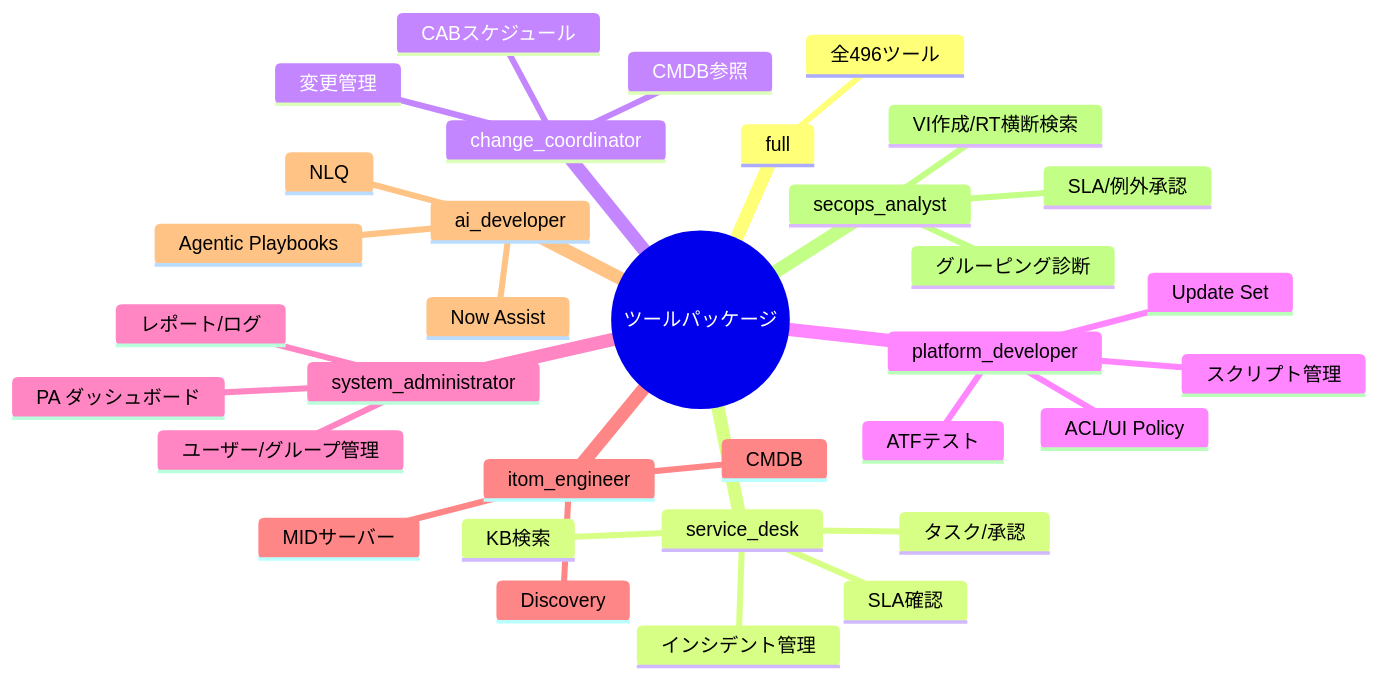
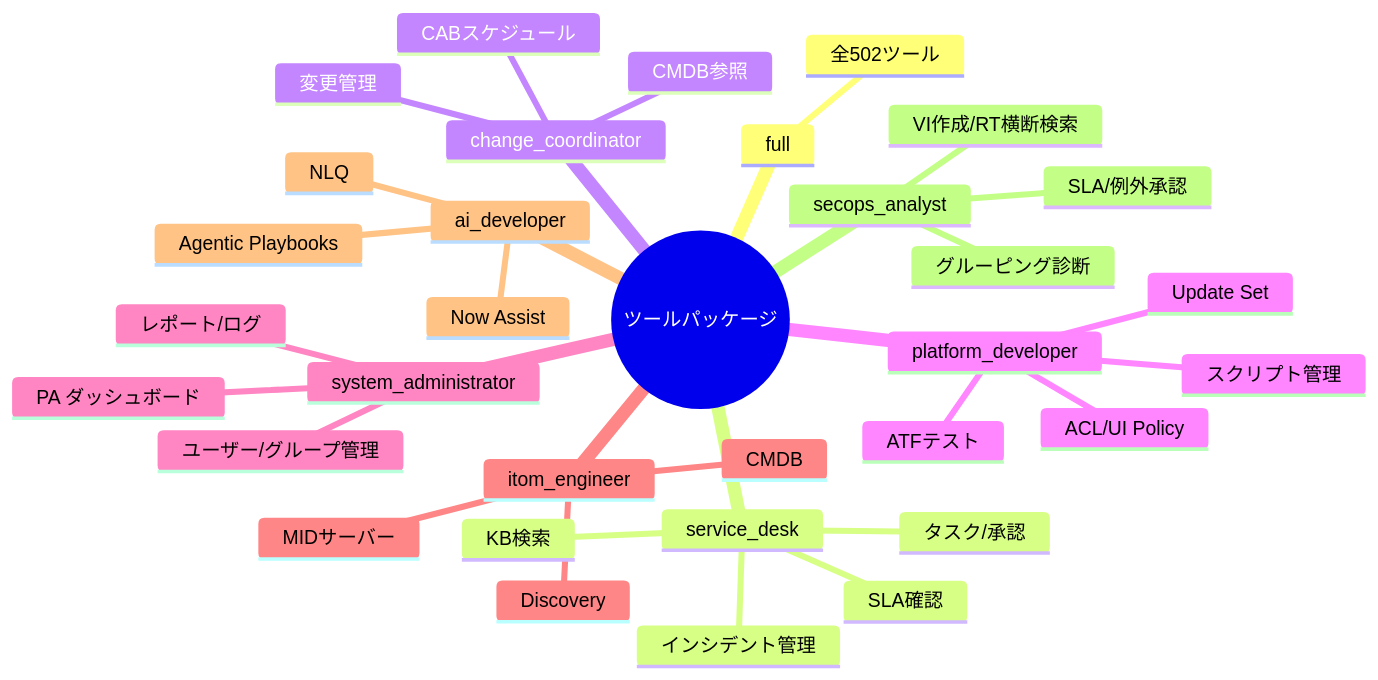
The seventh of 10 diagrams in README.md (tedorigawa001/ServiceNow-MCP), drawn with Mermaid before and after one commit. The commit also changed other lines of this file, not shown here.

````diff
--- a/README.md
+++ b/README.md
@@ -565,36 +573,36 @@
 ```mermaid
 mindmap
   root((ツールパッケージ))
     full
-      全496ツール
+      全502ツール
     service_desk
       インシデント管理
       タスク/承認
       KB検索
       SLA確認
     change_coordinator
       変更管理
       CABスケジュール
       CMDB参照
     platform_developer
       スクリプト管理
       ACL/UI Policy
       ATFテスト
       Update Set
     system_administrator
       ユーザー/グループ管理
       レポート/ログ
       PA ダッシュボード
     itom_engineer
       CMDB
       Discovery
       MIDサーバー
     ai_developer
       Now Assist
       NLQ
       Agentic Playbooks
     secops_analyst
       VI作成/RT横断検索
       グルーピング診断
       SLA/例外承認
 ```
````
